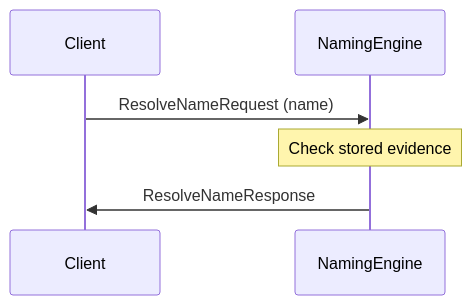
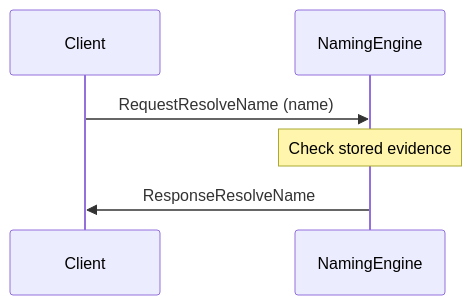
One commit to anoma/nspec changed the first of 3 diagrams in docs/arch/node/engines/naming_messages.juvix.md. Above: the diagram before and after it, drawn with Mermaid. The commit also changed other lines of this file and 3 other files, not shown here.

````diff
--- a/docs/arch/node/engines/naming_messages.juvix.md
+++ b/docs/arch/node/engines/naming_messages.juvix.md
@@ -145,9 +143,9 @@
 ```mermaid
 sequenceDiagram
     participant Client
     participant NamingEngine
 
-    Client->>NamingEngine: ResolveNameRequest (name)
+    Client->>NamingEngine: RequestResolveName (name)
     Note over NamingEngine: Check stored evidence
-    NamingEngine->>Client: ResolveNameResponse
+    NamingEngine->>Client: ResponseResolveName
 ```
````
